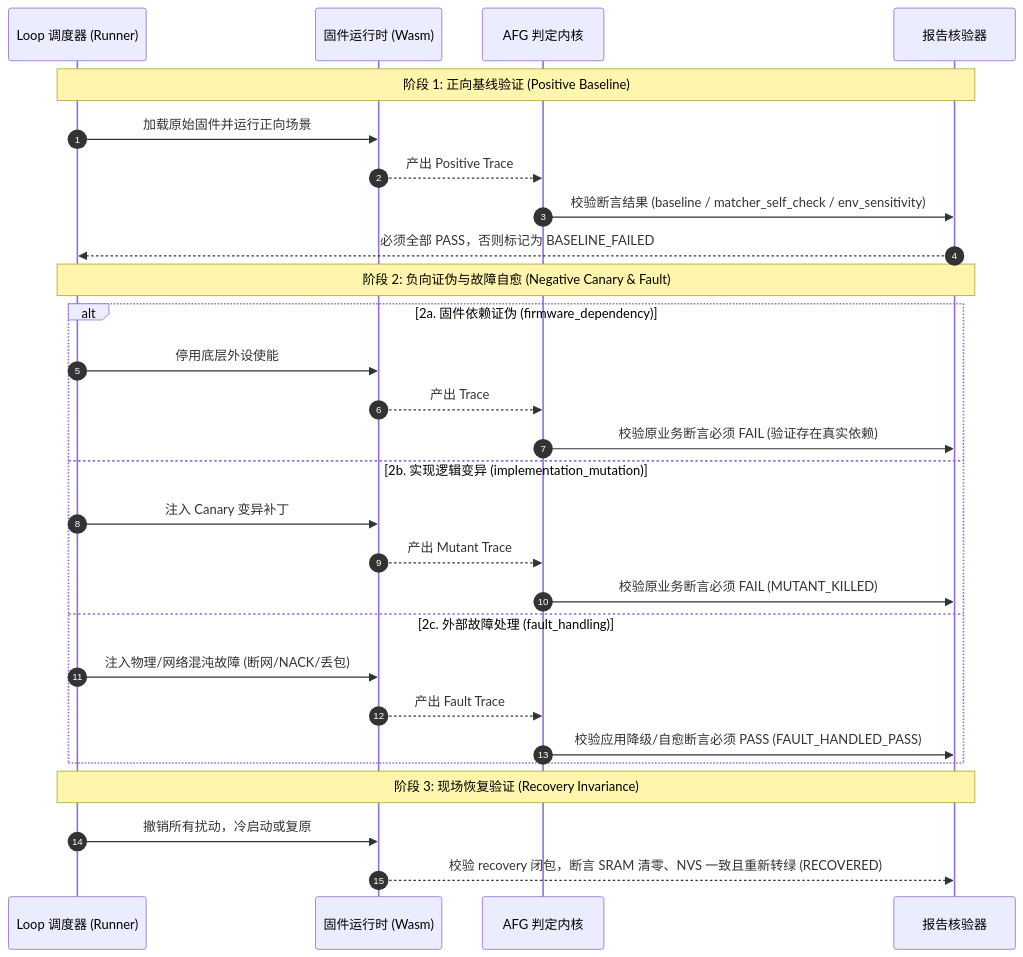
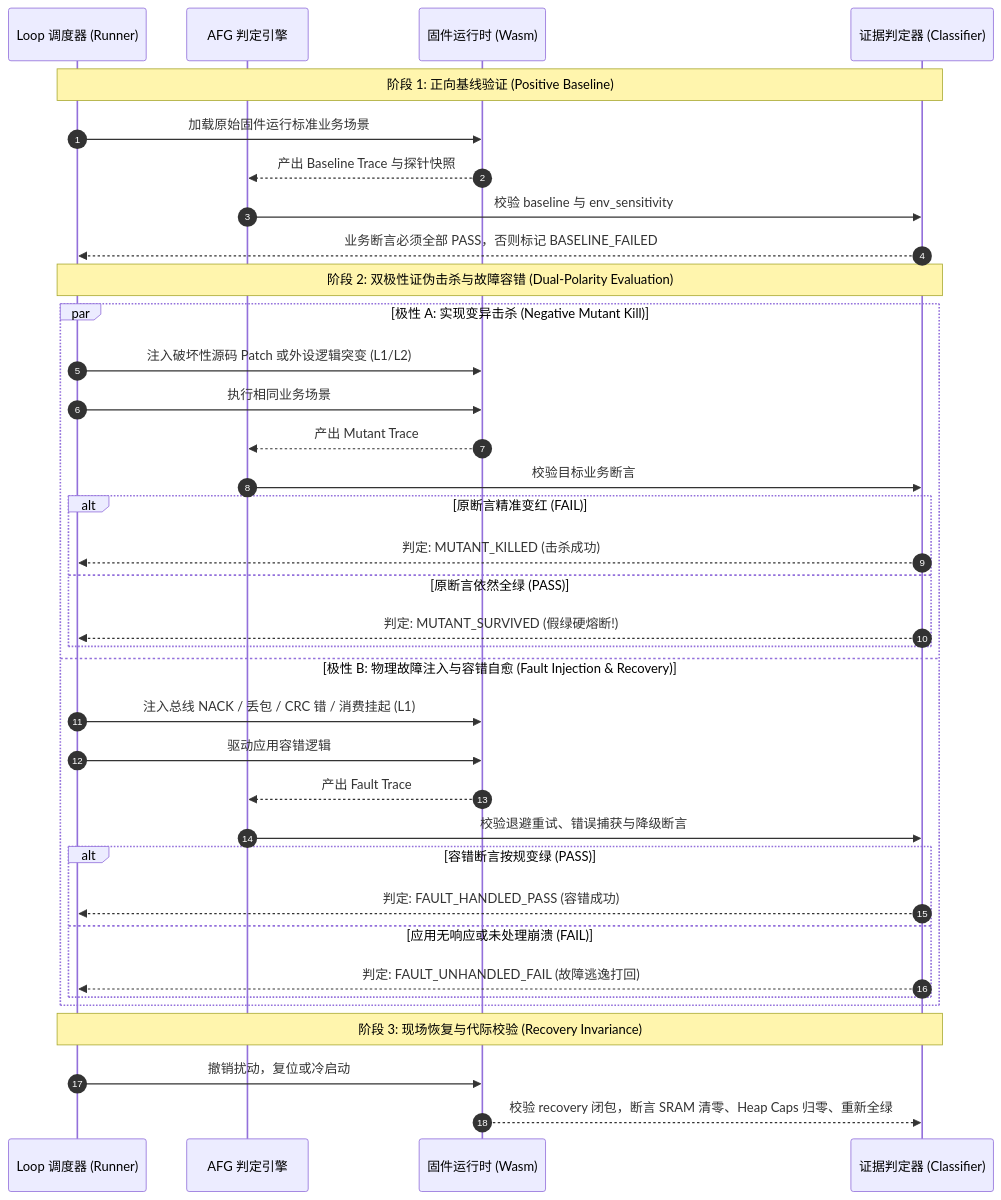
The second of 2 diagrams in docs/zh/tech-designs/esp32/esp-idf-anti-false-green-verification-engine-contract.md (wink-cloud-hub/wink-ai-embedded), drawn with Mermaid before and after one commit. The commit also changed other lines of this file and 125 other files, not shown here.

First line of the commit message:
refactor(esp_idf/governance): modularize architecture and natively integrate AFG v1.1 pipeline

````diff
--- a/docs/zh/tech-designs/esp32/esp-idf-anti-false-green-verification-engine-contract.md
+++ b/docs/zh/tech-designs/esp32/esp-idf-anti-false-green-verification-engine-contract.md
@@ -82,33 +73,41 @@
 ```mermaid
 sequenceDiagram
     autonumber
     participant Runner as Loop 调度器 (Runner)
+    participant Engine as AFG 判定引擎
     participant Wasm as 固件运行时 (Wasm)
-    participant Engine as AFG 判定内核
-    participant Verifier as 报告核验器
+    participant Verifier as 证据判定器 (Classifier)
 
     Note over Runner,Verifier: 阶段 1: 正向基线验证 (Positive Baseline)
-    Runner->>Wasm: 加载原始固件并运行正向场景
-    Wasm-->>Engine: 产出 Positive Trace
-    Engine->>Verifier: 校验断言结果 (baseline / matcher_self_check / env_sensitivity)
-    Verifier-->>Runner: 必须全部 PASS，否则标记为 BASELINE_FAILED
+    Runner->>Wasm: 加载原始固件运行标准业务场景
+    Wasm-->>Engine: 产出 Baseline Trace 与探针快照
+    Engine->>Verifier: 校验 baseline 与 env_sensitivity
+    Verifier-->>Runner: 业务断言必须全部 PASS，否则标记 BASELINE_FAILED
 
-    Note over Runner,Verifier: 阶段 2: 负向证伪与故障自愈 (Negative Canary & Fault)
-    alt 2a. 固件依赖证伪 (firmware_dependency)
-        Runner->>Wasm: 停用底层外设使能
-        Wasm-->>Engine: 产出 Trace
-        Engine->>Verifier: 校验原业务断言必须 FAIL (验证存在真实依赖)
-    else 2b. 实现逻辑变异 (implementation_mutation)
-        Runner->>Wasm: 注入 Canary 变异补丁
+    Note over Runner,Verifier: 阶段 2: 双极性证伪击杀与故障容错 (Dual-Polarity Evaluation)
+    par 极性 A: 实现变异击杀 (Negative Mutant Kill)
+        Runner->>Wasm: 注入破坏性源码 Patch 或外设逻辑突变 (L1/L2)
+        Runner->>Wasm: 执行相同业务场景
         Wasm-->>Engine: 产出 Mutant Trace
-        Engine->>Verifier: 校验原业务断言必须 FAIL (MUTANT_KILLED)
-    else 2c. 外部故障处理 (fault_handling)
-        Runner->>Wasm: 注入物理/网络混沌故障 (断网/NACK/丢包)
+        Engine->>Verifier: 校验目标业务断言
+        alt 原断言精准变红 (FAIL)
+            Verifier-->>Runner: 判定: MUTANT_KILLED (击杀成功)
+        else 原断言依然全绿 (PASS)
+            Verifier-->>Runner: 判定: MUTANT_SURVIVED (假绿硬熔断!)
+        end
+    and 极性 B: 物理故障注入与容错自愈 (Fault Injection & Recovery)
+        Runner->>Wasm: 注入总线 NACK / 丢包 / CRC 错 / 消费挂起 (L1)
+        Runner->>Wasm: 驱动应用容错逻辑
         Wasm-->>Engine: 产出 Fault Trace
-        Engine->>Verifier: 校验应用降级/自愈断言必须 PASS (FAULT_HANDLED_PASS)
+        Engine->>Verifier: 校验退避重试、错误捕获与降级断言
+        alt 容错断言按规变绿 (PASS)
+            Verifier-->>Runner: 判定: FAULT_HANDLED_PASS (容错成功)
+        else 应用无响应或未处理崩溃 (FAIL)
+            Verifier-->>Runner: 判定: FAULT_UNHANDLED_FAIL (故障逃逸打回)
+        end
     end
 
-    Note over Runner,Verifier: 阶段 3: 现场恢复验证 (Recovery Invariance)
-    Runner->>Wasm: 撤销所有扰动，冷启动或复原
-    Wasm-->>Verifier: 校验 recovery 闭包，断言 SRAM 清零、NVS 一致且重新转绿 (RECOVERED)
+    Note over Runner,Verifier: 阶段 3: 现场恢复与代际校验 (Recovery Invariance)
+    Runner->>Wasm: 撤销扰动，复位或冷启动
+    Wasm-->>Verifier: 校验 recovery 闭包，断言 SRAM 清零、Heap Caps 归零、重新全绿
 ```
````
